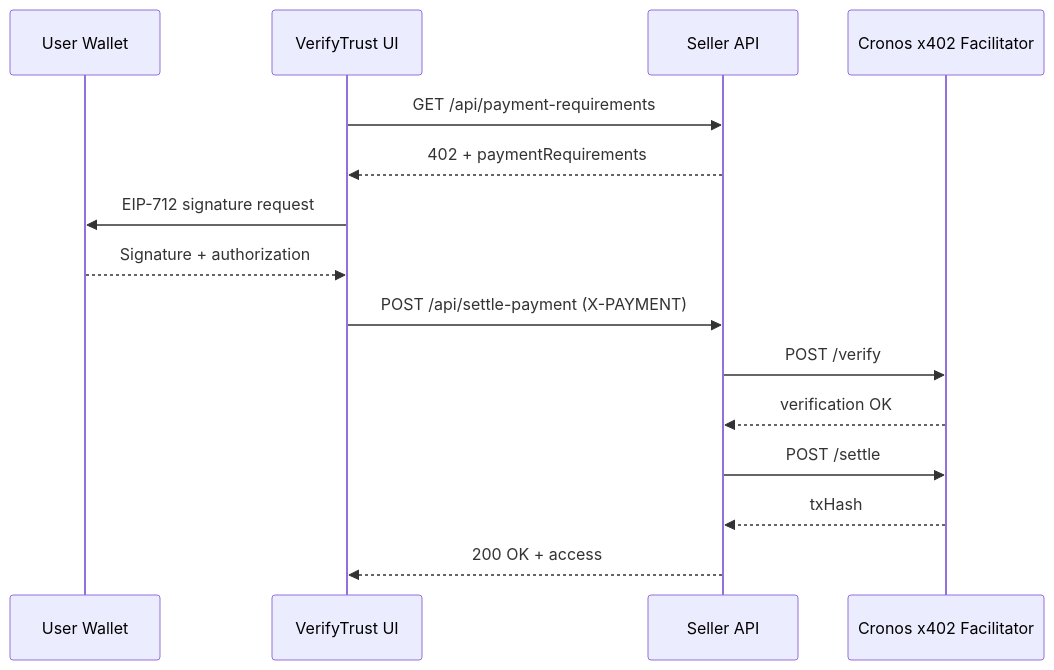
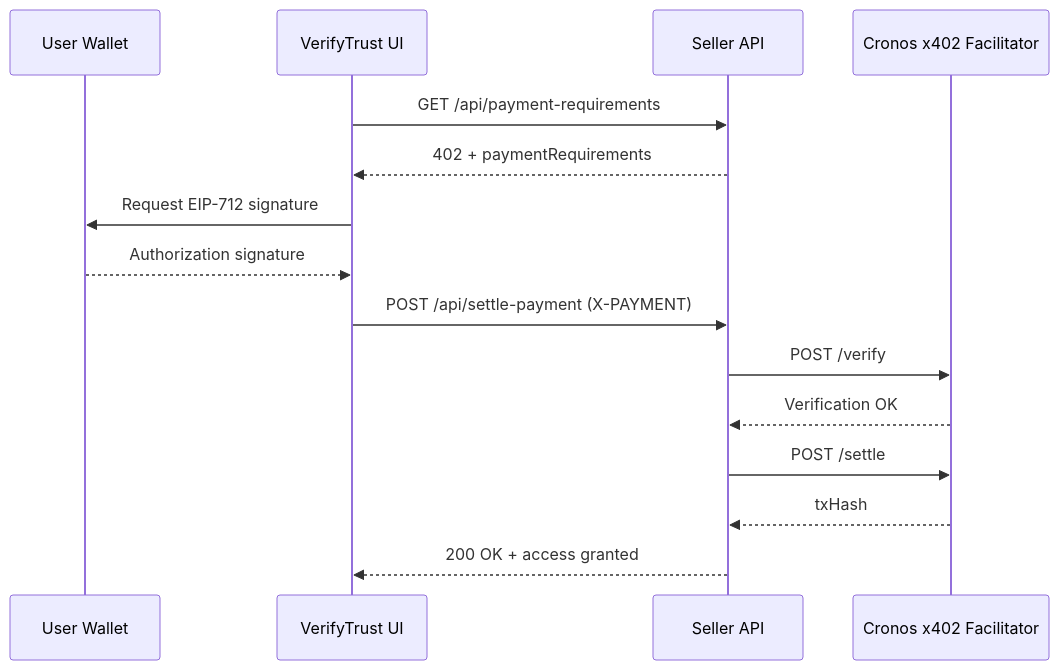
The second of 2 diagrams in x402.md (KingRaver/verifytrust.online), drawn with Mermaid before and after one commit. The commit also changed other lines of this file, not shown here.

````diff
--- a/x402.md
+++ b/x402.md
@@ -125,18 +192,18 @@
 ```mermaid
 sequenceDiagram
   participant U as User Wallet
   participant UI as VerifyTrust UI
   participant S as Seller API
   participant F as Cronos x402 Facilitator
 
   UI->>S: GET /api/payment-requirements
   S-->>UI: 402 + paymentRequirements
-  UI->>U: EIP-712 signature request
-  U-->>UI: Signature + authorization
+  UI->>U: Request EIP-712 signature
+  U-->>UI: Authorization signature
   UI->>S: POST /api/settle-payment (X-PAYMENT)
   S->>F: POST /verify
-  F-->>S: verification OK
+  F-->>S: Verification OK
   S->>F: POST /settle
   F-->>S: txHash
-  S-->>UI: 200 OK + access
+  S-->>UI: 200 OK + access granted
 ```
````
